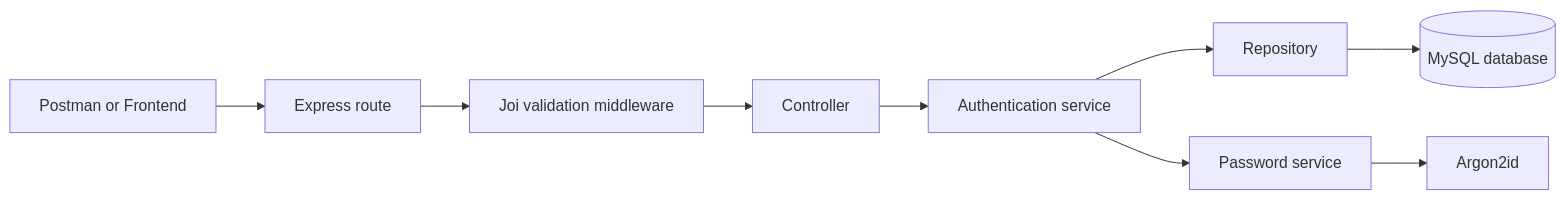
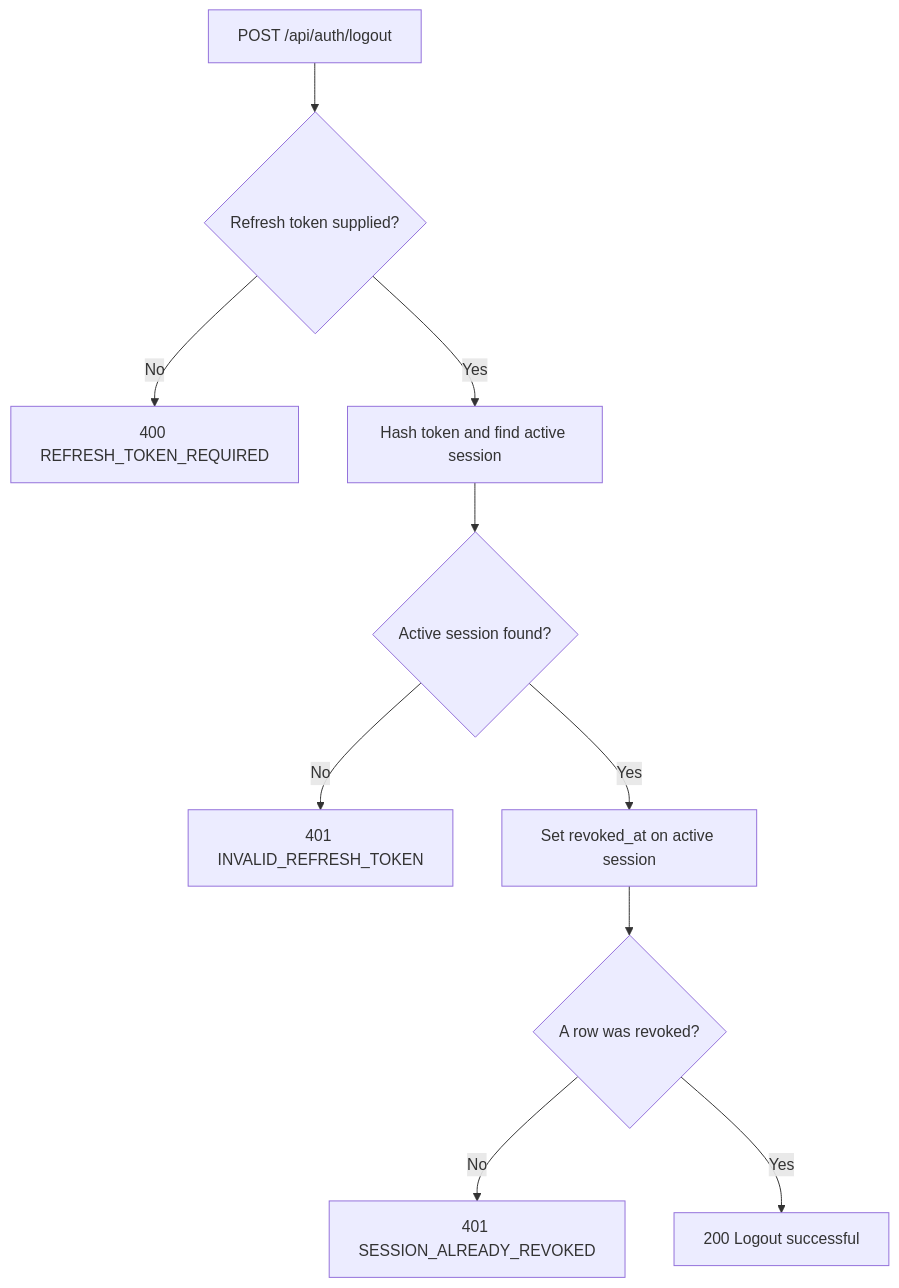
One commit to kapilchand750-lang/mini_uber changed the fifth of 5 diagrams in README.md. Above: the diagram before and after it, drawn with Mermaid. The commit also changed other lines of this file, not shown here.

````diff
--- a/README.md
+++ b/README.md
@@ -251,11 +411,12 @@
-```mermaid
-flowchart LR
-    A[Postman or Frontend] --> B[Express route]
-    B --> C[Joi validation middleware]
-    C --> D[Controller]
-    D --> E[Authentication service]
-    E --> F[Repository]
-    F --> G[(MySQL database)]
-    E --> H[Password service]
-    H --> I[Argon2id]
+``` mermaid
+flowchart TD
+    A[POST /api/auth/logout] --> B{Refresh token supplied?}
+    B -- No --> C[400 REFRESH_TOKEN_REQUIRED]
+    B -- Yes --> D[Hash token and find active session]
+    D --> E{Active session found?}
+    E -- No --> F[401 INVALID_REFRESH_TOKEN]
+    E -- Yes --> G[Set revoked_at on active session]
+    G --> H{A row was revoked?}
+    H -- No --> I[401 SESSION_ALREADY_REVOKED]
+    H -- Yes --> J[200 Logout successful]
 ```
````
